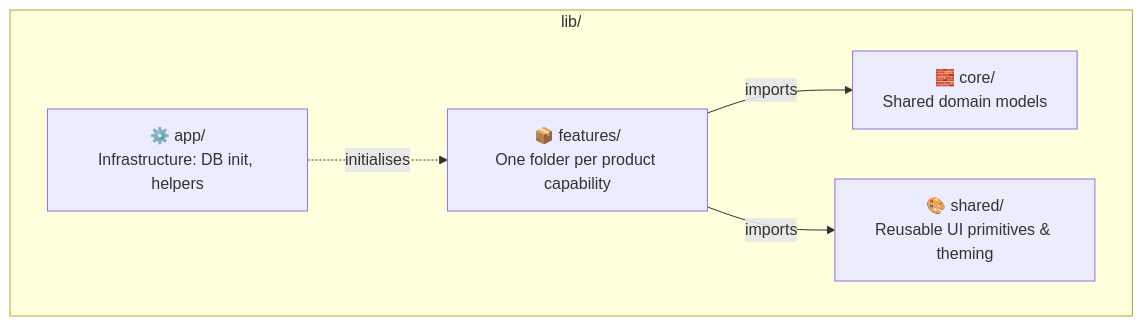
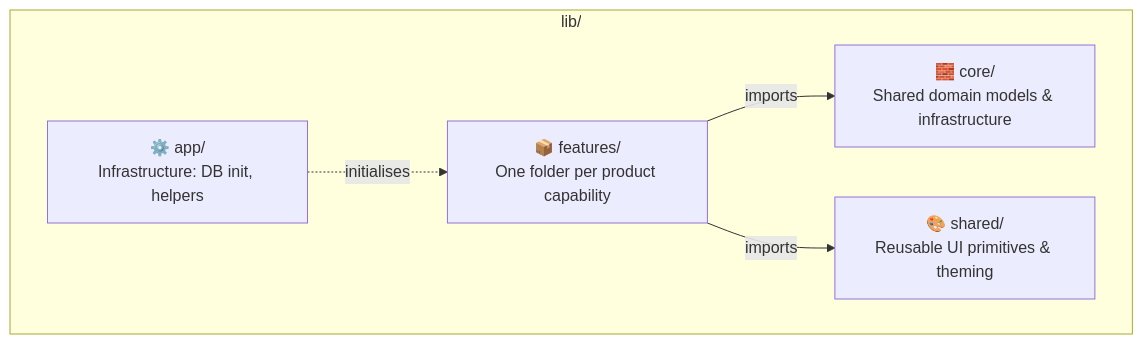
Before and after one commit to davidgaspardev/powerflix: the first of 7 diagrams in CONTRIBUTING.md, drawn with Mermaid. The commit also changed other lines of this file and 36 other files, not shown here.

````diff
--- a/CONTRIBUTING.md
+++ b/CONTRIBUTING.md
@@ -20,13 +20,13 @@
 ```mermaid
 graph TD
     subgraph lib/
         F["📦 features/\nOne folder per product capability"]
-        C["🧱 core/\nShared domain models"]
+        C["🧱 core/\nShared domain models & infrastructure"]
         S["🎨 shared/\nReusable UI primitives & theming"]
         A["⚙️ app/\nInfrastructure: DB init, helpers"]
     end
 
     F -->|imports| C
     F -->|imports| S
     A -.->|initialises| F
 ```
````
